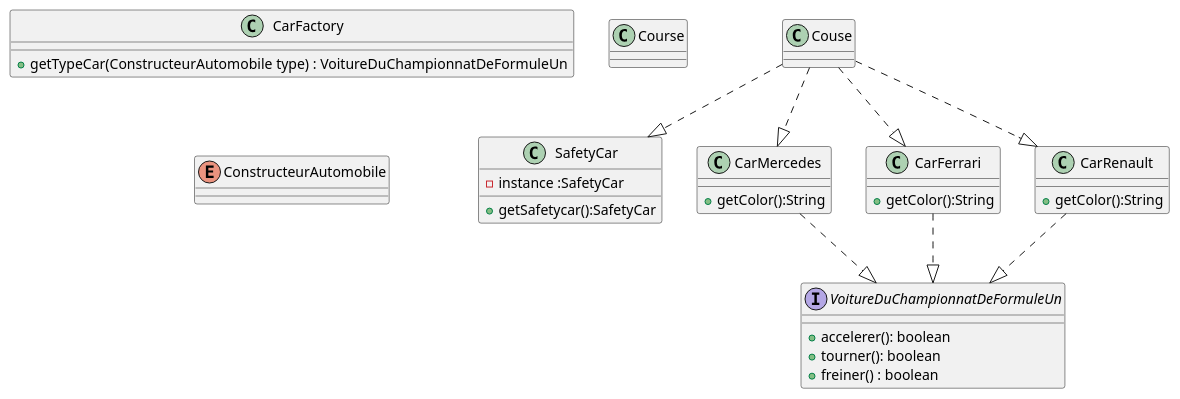
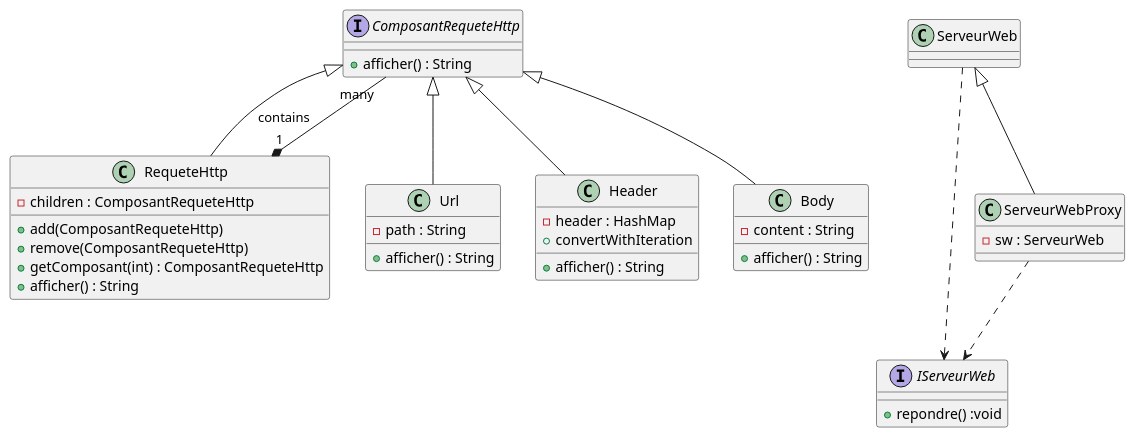
The diagram in src/uml/example.puml (kotsaw/design-pattern), drawn with PlantUML before and after one commit. The commit also changed 19 other files, not shown here.

```diff
--- a/src/uml/example.puml
+++ b/src/uml/example.puml
@@ -1,39 +1,47 @@
 @startuml exemple
 
-
-interface VoitureDuChampionnatDeFormuleUn{
-    + accelerer(): boolean
-    + tourner(): boolean
-    + freiner() : boolean
+interface ComposantRequeteHttp {
+     + afficher() : String   
 }
-class SafetyCar{
-    - instance :SafetyCar 
-    + getSafetycar():SafetyCar
+class RequeteHttp{
+    - children : ComposantRequeteHttp
+    + add(ComposantRequeteHttp)
+    + remove(ComposantRequeteHttp)
+    + getComposant(int) : ComposantRequeteHttp
+    + afficher() : String
 }
-class CarFactory{
-    + getTypeCar(ConstructeurAutomobile type) : VoitureDuChampionnatDeFormuleUn 
+class Url{
+    - path : String
+    + afficher() : String
+}
+class Header{
+    - header : HashMap
+    + convertWithIteration
+    + afficher() : String
+}
+class Body{
+    - content : String
+    + afficher() : String
 }
 
-class CarMercedes{
-    + getColor():String
-}
-class CarFerrari{
-    + getColor():String
-}
-class CarRenault{
-    + getColor():String
+RequeteHttp "1" *-- "many" ComposantRequeteHttp
+ComposantRequeteHttp <|-- RequeteHttp : contains
+ComposantRequeteHttp <|-- Url
+ComposantRequeteHttp <|-- Header
+ComposantRequeteHttp <|-- Body
+
+interface IServeurWeb {
+     + repondre() :void   
 }
 
-Class Course
+class ServeurWeb
+class ServeurWebProxy{
+    - sw : ServeurWeb
+}
 
-enum ConstructeurAutomobile
+ServeurWebProxy ..> IServeurWeb
+ServeurWeb ..> IServeurWeb
+ServeurWeb <|-- ServeurWebProxy
 
-CarFerrari ..|> VoitureDuChampionnatDeFormuleUn
-CarMercedes ..|> VoitureDuChampionnatDeFormuleUn
-CarRenault ..|> VoitureDuChampionnatDeFormuleUn
-Couse ..|>CarFerrari 
-Couse ..|>CarMercedes 
-Couse ..|>CarRenault
-Couse ..|>SafetyCar 
 
 @enduml
```
